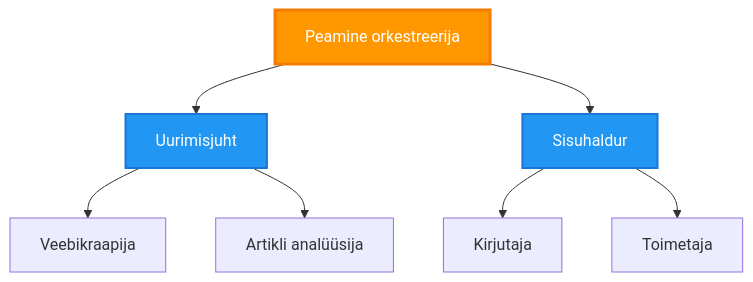
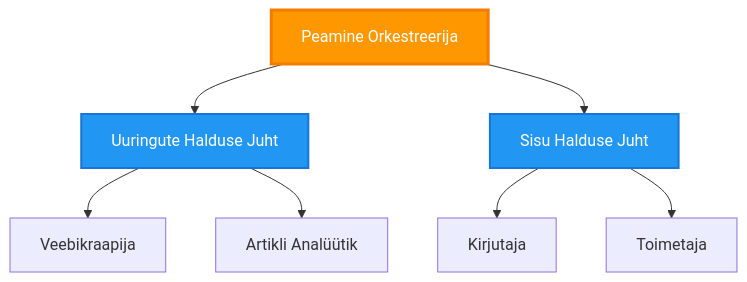
One commit to microsoft/AZD-for-beginners changed the third of 6 diagrams in translations/et/docs/chapter-06-pre-deployment/coordination-patterns.md. Above: the diagram before and after it, drawn with Mermaid. The commit also changed other lines of this file and 101 other files, not shown here.

````diff
--- a/translations/et/docs/chapter-06-pre-deployment/coordination-patterns.md
+++ b/translations/et/docs/chapter-06-pre-deployment/coordination-patterns.md
@@ -149,21 +143,21 @@
 ```mermaid
 graph TB
-    Master[Peamine orkestreerija]
-    Manager1[Uurimisjuht]
-    Manager2[Sisuhaldur]
+    Master[Peamine Orkestreerija]
+    Manager1[Uuringute Halduse Juht]
+    Manager2[Sisu Halduse Juht]
     W1[Veebikraapija]
-    W2[Artikli analüüsija]
+    W2[Artikli Analüütik]
     W3[Kirjutaja]
     W4[Toimetaja]
     
     Master --> Manager1
     Master --> Manager2
     Manager1 --> W1
     Manager1 --> W2
     Manager2 --> W3
     Manager2 --> W4
     
     style Master fill:#FF9800,stroke:#F57C00,stroke-width:3px,color:#fff
     style Manager1 fill:#2196F3,stroke:#1976D2,stroke-width:2px,color:#fff
     style Manager2 fill:#2196F3,stroke:#1976D2,stroke-width:2px,color:#fff
 ```
````
